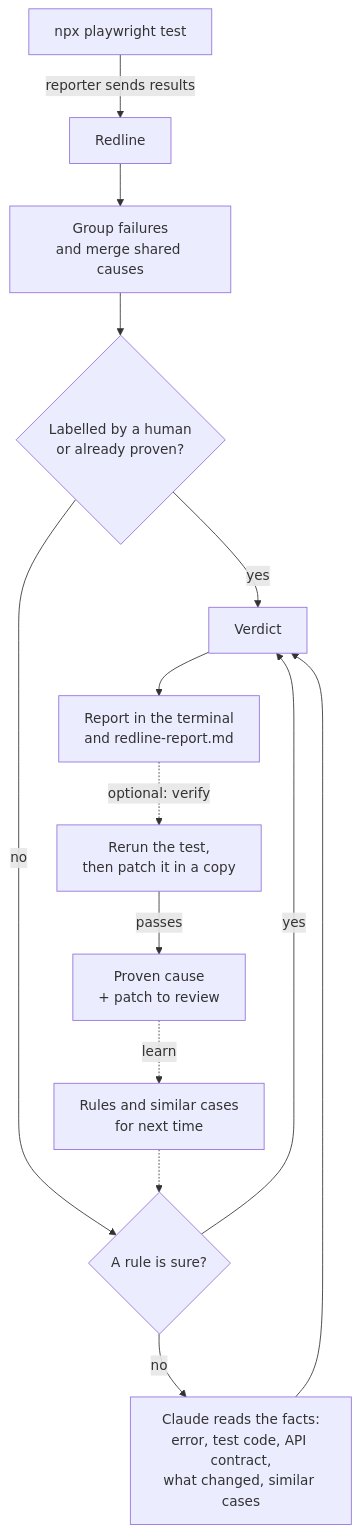
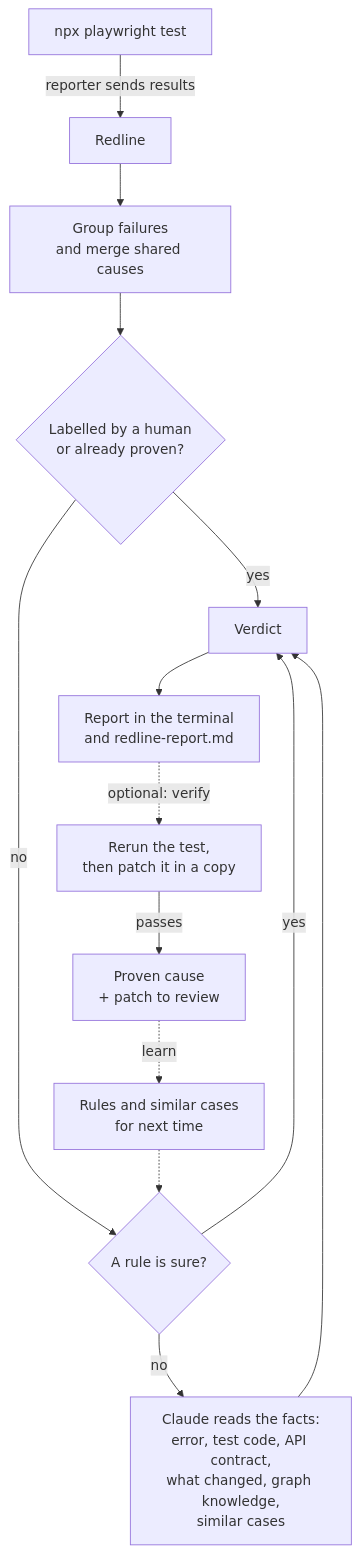
One commit to ega-septian/redline changed the diagram in README.md. Above: the diagram before and after it, drawn with Mermaid. The commit also changed other lines of this file and 1 other file, not shown here.

````diff
--- a/README.md
+++ b/README.md
@@ -19,16 +22,16 @@
 ```mermaid
 flowchart TD
     A[npx playwright test] -->|reporter sends results| B[Redline]
     B --> C[Group failures<br/>and merge shared causes]
     C --> D{Labelled by a human<br/>or already proven?}
     D -->|yes| R[Verdict]
     D -->|no| E{A rule is sure?}
     E -->|yes| R
-    E -->|no| F[Claude reads the facts:<br/>error, test code, API contract,<br/>what changed, similar cases]
+    E -->|no| F[Claude reads the facts:<br/>error, test code, API contract,<br/>what changed, graph knowledge,<br/>similar cases]
     F --> R
     R --> G[Report in the terminal<br/>and redline-report.md]
     G -.->|optional: verify| H[Rerun the test,<br/>then patch it in a copy]
     H -->|passes| I[Proven cause<br/>+ patch to review]
     I -.->|learn| J[Rules and similar cases<br/>for next time]
     J -.-> E
 ```
````
